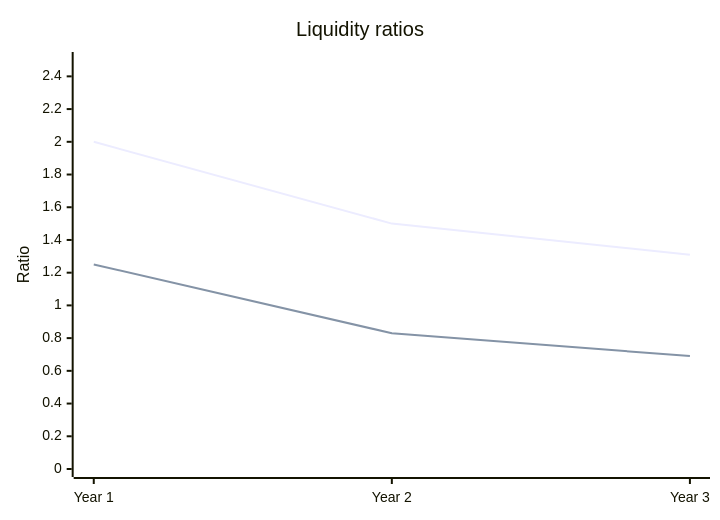
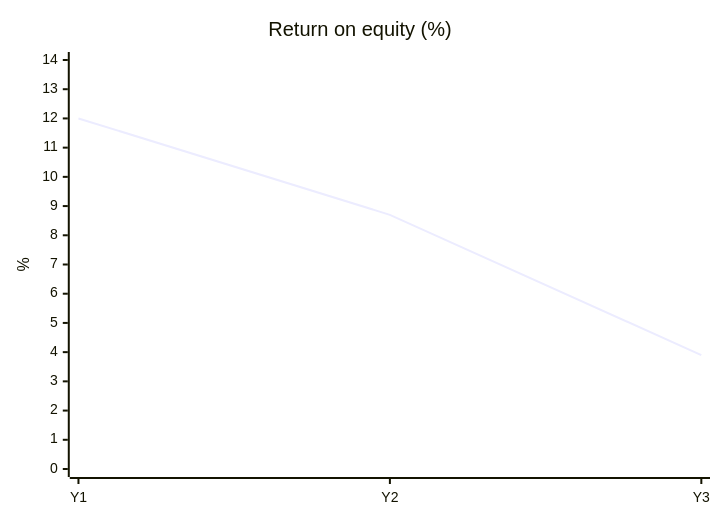
One commit to vrevolverrr/vicher changed the diagram in eval/figure/generated/haiku/a-ratios.md. Above: the diagram before and after it, drawn with Mermaid. The commit also changed other lines of this file and 243 other files, not shown here.

First line of the commit message:
feat(figure): replace tags with groups and states (#13)

````diff
--- a/eval/figure/generated/haiku/a-ratios.md
+++ b/eval/figure/generated/haiku/a-ratios.md
@@ -13,8 +16,7 @@
 ```mermaid
 xychart-beta
-    title "Liquidity ratios"
-    x-axis ["Year 1", "Year 2", "Year 3"]
-    y-axis "Ratio" 0 --> 2.5
-    line [2.00, 1.50, 1.31]
-    line [1.25, 0.83, 0.69]
+    title "Return on equity (%)"
+    x-axis [Y1, Y2, Y3]
+    y-axis "%" 0 --> 14
+    line [12.0, 8.7, 3.9]
 ```
````
